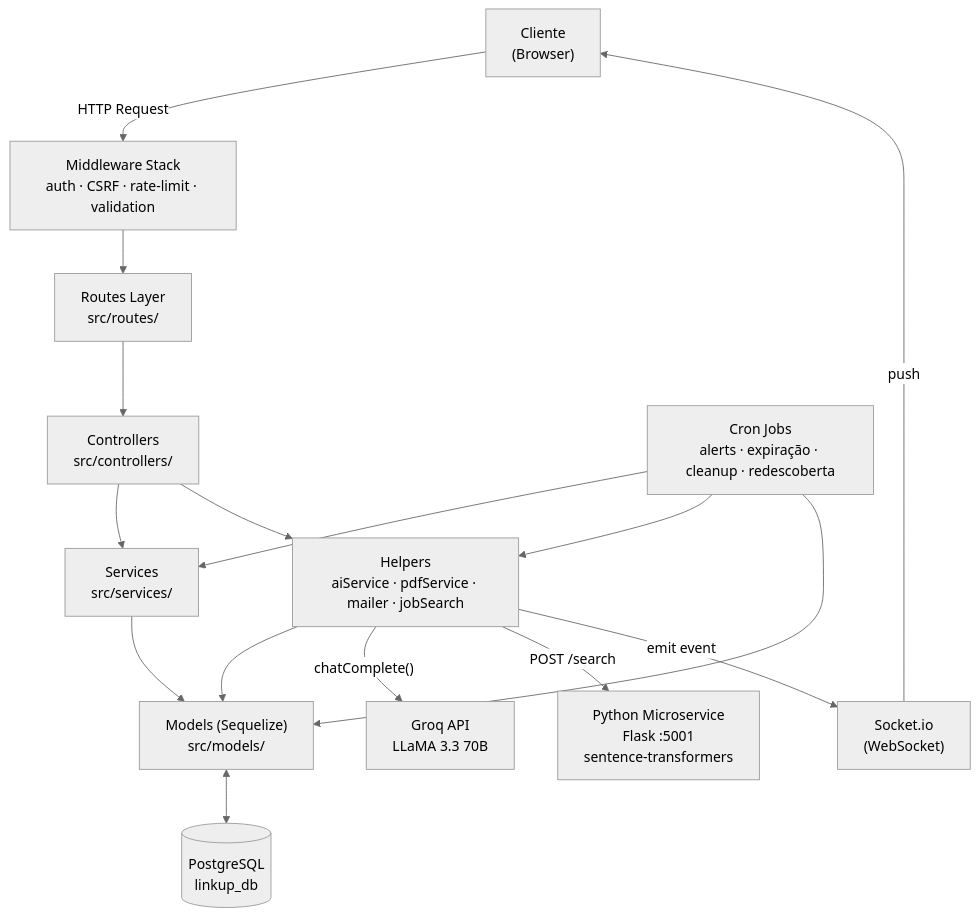
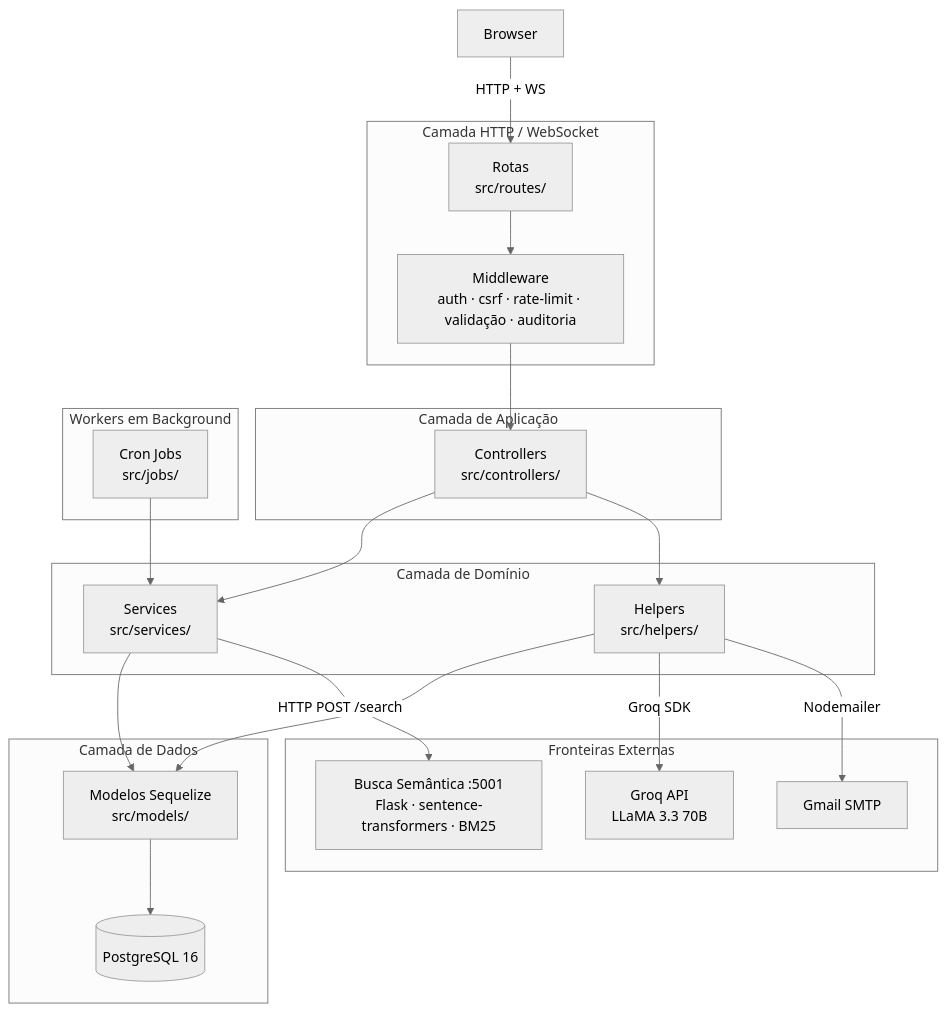
Before and after one commit to ThQMS/TCC---Linkup: the first of 6 diagrams in docs/architecture.md, drawn with Mermaid (neutral theme). The commit also changed other lines of this file and 5 other files, not shown here.

````diff
--- a/docs/architecture.md
+++ b/docs/architecture.md
@@ -161,33 +41,44 @@
 ```mermaid
-flowchart TD
-    Browser["Cliente\n(Browser)"]
-    Socket["Socket.io\n(WebSocket)"]
-    MW["Middleware Stack\nauth · CSRF · rate-limit · validation"]
-    Router["Routes Layer\nsrc/routes/"]
-    Controller["Controllers\nsrc/controllers/"]
-    Service["Services\nsrc/services/"]
-    Helper["Helpers\naiService · pdfService · mailer · jobSearch"]
-    Models["Models (Sequelize)\nsrc/models/"]
-    DB[("PostgreSQL\nlinkup_db")]
-    Groq["Groq API\nLLaMA 3.3 70B"]
-    Python["Python Microservice\nFlask :5001\nsentence-transformers"]
-    CronJobs["Cron Jobs\nalerts · expiração · cleanup · redescoberta"]
+graph TB
+    subgraph HTTP["Camada HTTP / WebSocket"]
+        Routes[Rotas\nsrc/routes/]
+        MW[Middleware\nauth · csrf · rate-limit · validação · auditoria]
+    end
 
-    Browser -->|HTTP Request| MW
-    MW --> Router
-    Router --> Controller
-    Controller --> Service
-    Controller --> Helper
-    Service --> Models
-    Helper --> Models
-    Models <--> DB
+    subgraph App["Camada de Aplicação"]
+        Controllers[Controllers\nsrc/controllers/]
+    end
 
-    Helper -->|"chatComplete()"| Groq
-    Helper -->|"POST /search"| Python
-    Helper -->|emit event| Socket
-    Socket -->|push| Browser
+    subgraph Domain["Camada de Domínio"]
+        Services[Services\nsrc/services/]
+        Helpers[Helpers\nsrc/helpers/]
+    end
 
-    CronJobs --> Service
-    CronJobs --> Helper
-    CronJobs --> Models
+    subgraph Data["Camada de Dados"]
+        Models[Modelos Sequelize\nsrc/models/]
+        PG[(PostgreSQL 16)]
+    end
+
+    subgraph External["Fronteiras Externas"]
+        Groq[Groq API\nLLaMA 3.3 70B]
+        SMTP[Gmail SMTP]
+        Python[Busca Semântica :5001\nFlask · sentence-transformers · BM25]
+    end
+
+    subgraph Background["Workers em Background"]
+        Cron[Cron Jobs\nsrc/jobs/]
+    end
+
+    Browser -->|HTTP + WS| Routes
+    Routes --> MW
+    MW --> Controllers
+    Controllers --> Services
+    Controllers --> Helpers
+    Services --> Models
+    Helpers --> Models
+    Models --> PG
+    Helpers -->|Groq SDK| Groq
+    Helpers -->|Nodemailer| SMTP
+    Services -->|HTTP POST /search| Python
+    Cron --> Services
 ```
````
